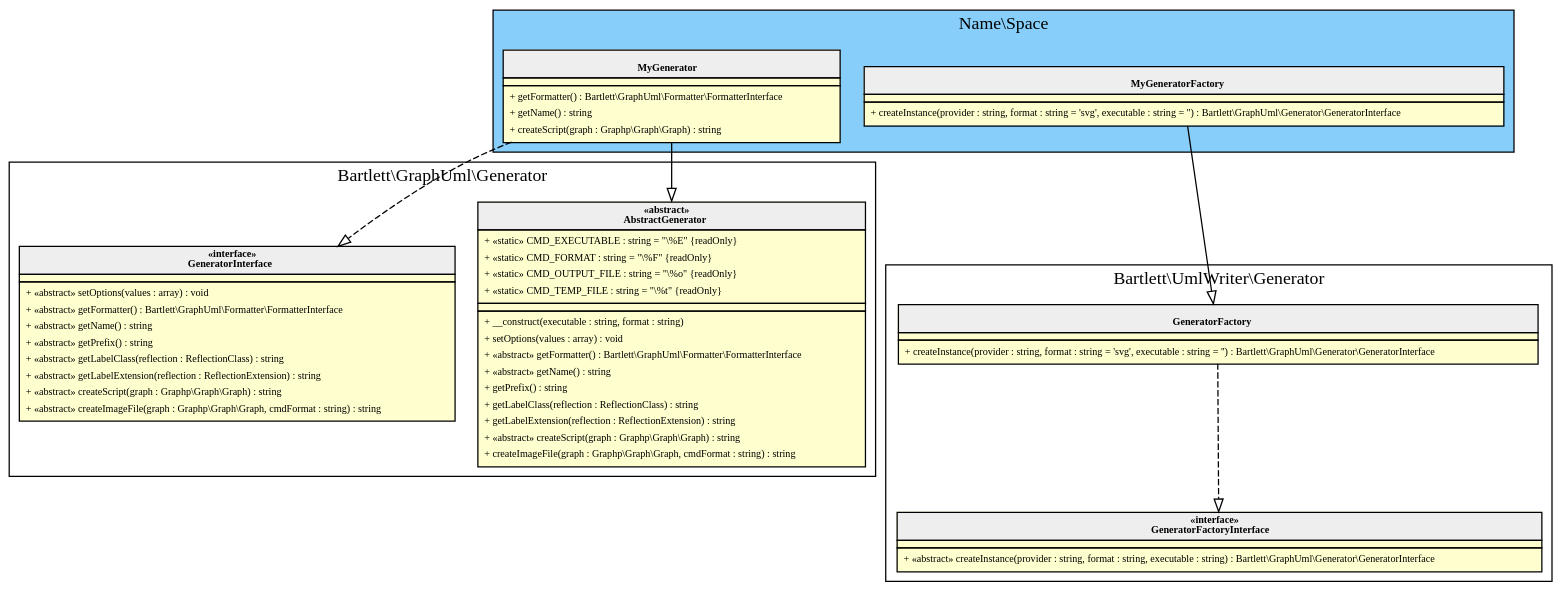
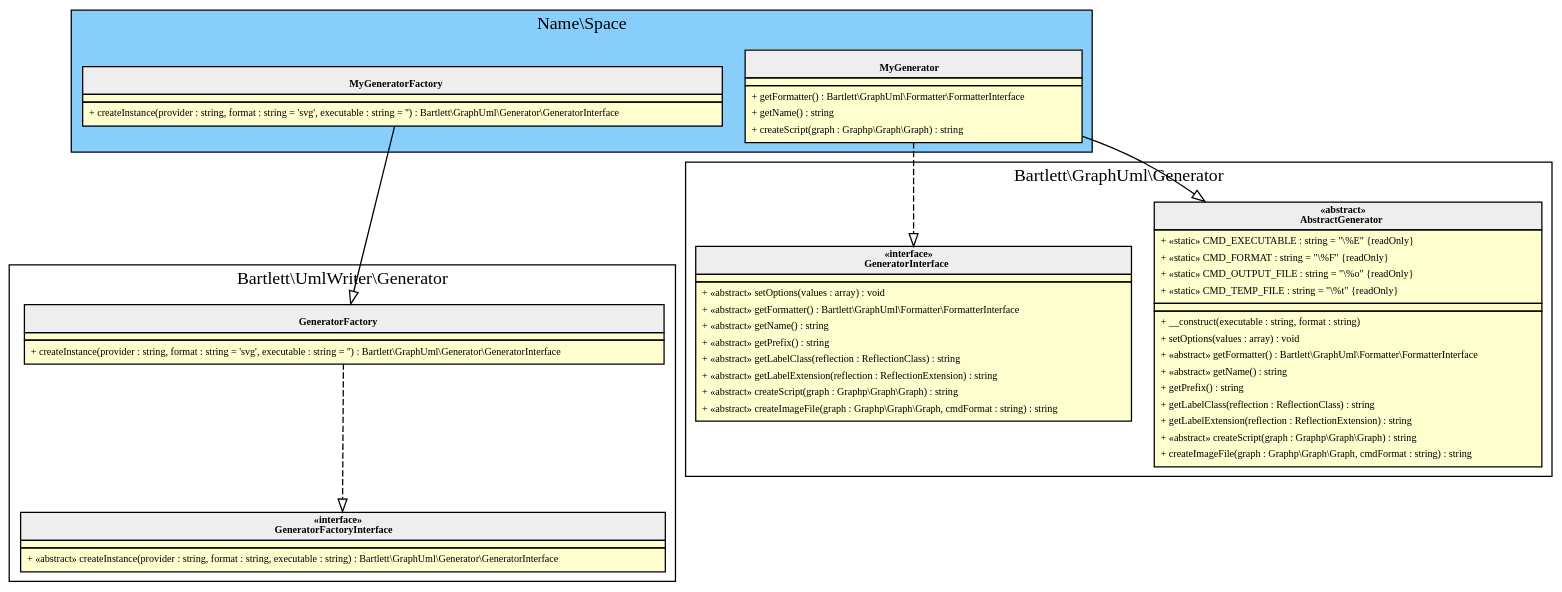
Before and after one commit to llaville/umlwriter: the diagram in 4.4/assets/images/generator.html.gv, drawn with Graphviz. The commit also changed other lines of this file and 43 other files, not shown here.

```diff
--- a/4.4/assets/images/generator.html.gv
+++ b/4.4/assets/images/generator.html.gv
@@ -1,90 +1,90 @@
 digraph {
   graph [name="G" overlap="false" rankdir="TB" bgcolor="transparent"]
   node [fontname="Verdana" fontsize=8 shape="none" margin=0 fillcolor="#FEFECE" style="filled"]
   edge [fontname="Verdana" fontsize=8]
   subgraph cluster_0 {
     graph [bgcolor="LightSkyBlue"]
     label = "Name\\Space"
+    "Name\\Space\\MyGeneratorFactory" [shape="none" label=<
+<table cellspacing="0" border="0" cellborder="1">
+    <tr><td bgcolor="#eeeeee"><b><br/>MyGeneratorFactory</b></td></tr>
+    <tr><td></td></tr>
+    <tr><td><table border="0" cellspacing="0" cellpadding="2">
+    <tr><td align="left">+ createInstance(provider : string, format : string = 'svg', executable : string = '') : Bartlett\\GraphUml\\Generator\\GeneratorInterface</td></tr>
+</table></td></tr>
+</table>>]
     "Name\\Space\\MyGenerator" [shape="none" label=<
 <table cellspacing="0" border="0" cellborder="1">
     <tr><td bgcolor="#eeeeee"><b><br/>MyGenerator</b></td></tr>
     <tr><td></td></tr>
     <tr><td><table border="0" cellspacing="0" cellpadding="2">
     <tr><td align="left">+ getFormatter() : Bartlett\\GraphUml\\Formatter\\FormatterInterface</td></tr>
     <tr><td align="left">+ getName() : string</td></tr>
     <tr><td align="left">+ createScript(graph : Graphp\\Graph\\Graph) : string</td></tr>
 </table></td></tr>
 </table>>]
-    "Name\\Space\\MyGeneratorFactory" [shape="none" label=<
+  }
+  subgraph cluster_1 {
+    label = "Bartlett\\UmlWriter\\Generator"
+    "Bartlett\\UmlWriter\\Generator\\GeneratorFactory" [shape="none" label=<
 <table cellspacing="0" border="0" cellborder="1">
-    <tr><td bgcolor="#eeeeee"><b><br/>MyGeneratorFactory</b></td></tr>
+    <tr><td bgcolor="#eeeeee"><b><br/>GeneratorFactory</b></td></tr>
     <tr><td></td></tr>
     <tr><td><table border="0" cellspacing="0" cellpadding="2">
     <tr><td align="left">+ createInstance(provider : string, format : string = 'svg', executable : string = '') : Bartlett\\GraphUml\\Generator\\GeneratorInterface</td></tr>
 </table></td></tr>
 </table>>]
+    "Bartlett\\UmlWriter\\Generator\\GeneratorFactoryInterface" [shape="none" label=<
+<table cellspacing="0" border="0" cellborder="1">
+    <tr><td bgcolor="#eeeeee"><b>«interface»<br/>GeneratorFactoryInterface</b></td></tr>
+    <tr><td></td></tr>
+    <tr><td><table border="0" cellspacing="0" cellpadding="2">
+    <tr><td align="left">+ «abstract» createInstance(provider : string, format : string, executable : string) : Bartlett\\GraphUml\\Generator\\GeneratorInterface</td></tr>
+</table></td></tr>
+</table>>]
   }
-  subgraph cluster_1 {
+  subgraph cluster_2 {
     label = "Bartlett\\GraphUml\\Generator"
     "Bartlett\\GraphUml\\Generator\\AbstractGenerator" [shape="none" label=<
 <table cellspacing="0" border="0" cellborder="1">
     <tr><td bgcolor="#eeeeee"><b>«abstract»<br/>AbstractGenerator</b></td></tr>
     <tr><td><table border="0" cellspacing="0" cellpadding="2">
     <tr><td align="left">+ «static» CMD_EXECUTABLE : string = "\%E" {readOnly}</td></tr>
     <tr><td align="left">+ «static» CMD_FORMAT : string = "\%F" {readOnly}</td></tr>
     <tr><td align="left">+ «static» CMD_OUTPUT_FILE : string = "\%o" {readOnly}</td></tr>
     <tr><td align="left">+ «static» CMD_TEMP_FILE : string = "\%t" {readOnly}</td></tr>
 </table></td></tr>
     <tr><td></td></tr>
     <tr><td><table border="0" cellspacing="0" cellpadding="2">
     <tr><td align="left">+ __construct(executable : string, format : string)</td></tr>
     <tr><td align="left">+ setOptions(values : array) : void</td></tr>
     <tr><td align="left">+ «abstract» getFormatter() : Bartlett\\GraphUml\\Formatter\\FormatterInterface</td></tr>
     <tr><td align="left">+ «abstract» getName() : string</td></tr>
     <tr><td align="left">+ getPrefix() : string</td></tr>
     <tr><td align="left">+ getLabelClass(reflection : ReflectionClass) : string</td></tr>
     <tr><td align="left">+ getLabelExtension(reflection : ReflectionExtension) : string</td></tr>
     <tr><td align="left">+ «abstract» createScript(graph : Graphp\\Graph\\Graph) : string</td></tr>
     <tr><td align="left">+ createImageFile(graph : Graphp\\Graph\\Graph, cmdFormat : string) : string</td></tr>
 </table></td></tr>
 </table>>]
     "Bartlett\\GraphUml\\Generator\\GeneratorInterface" [shape="none" label=<
 <table cellspacing="0" border="0" cellborder="1">
     <tr><td bgcolor="#eeeeee"><b>«interface»<br/>GeneratorInterface</b></td></tr>
     <tr><td></td></tr>
     <tr><td><table border="0" cellspacing="0" cellpadding="2">
     <tr><td align="left">+ «abstract» setOptions(values : array) : void</td></tr>
     <tr><td align="left">+ «abstract» getFormatter() : Bartlett\\GraphUml\\Formatter\\FormatterInterface</td></tr>
     <tr><td align="left">+ «abstract» getName() : string</td></tr>
     <tr><td align="left">+ «abstract» getPrefix() : string</td></tr>
     <tr><td align="left">+ «abstract» getLabelClass(reflection : ReflectionClass) : string</td></tr>
     <tr><td align="left">+ «abstract» getLabelExtension(reflection : ReflectionExtension) : string</td></tr>
     <tr><td align="left">+ «abstract» createScript(graph : Graphp\\Graph\\Graph) : string</td></tr>
     <tr><td align="left">+ «abstract» createImageFile(graph : Graphp\\Graph\\Graph, cmdFormat : string) : string</td></tr>
 </table></td></tr>
 </table>>]
   }
-  subgraph cluster_2 {
-    label = "Bartlett\\UmlWriter\\Generator"
-    "Bartlett\\UmlWriter\\Generator\\GeneratorFactory" [shape="none" label=<
-<table cellspacing="0" border="0" cellborder="1">
-    <tr><td bgcolor="#eeeeee"><b><br/>GeneratorFactory</b></td></tr>
-    <tr><td></td></tr>
-    <tr><td><table border="0" cellspacing="0" cellpadding="2">
-    <tr><td align="left">+ createInstance(provider : string, format : string = 'svg', executable : string = '') : Bartlett\\GraphUml\\Generator\\GeneratorInterface</td></tr>
-</table></td></tr>
-</table>>]
-    "Bartlett\\UmlWriter\\Generator\\GeneratorFactoryInterface" [shape="none" label=<
-<table cellspacing="0" border="0" cellborder="1">
-    <tr><td bgcolor="#eeeeee"><b>«interface»<br/>GeneratorFactoryInterface</b></td></tr>
-    <tr><td></td></tr>
-    <tr><td><table border="0" cellspacing="0" cellpadding="2">
-    <tr><td align="left">+ «abstract» createInstance(provider : string, format : string, executable : string) : Bartlett\\GraphUml\\Generator\\GeneratorInterface</td></tr>
-</table></td></tr>
-</table>>]
-  }
+  "Bartlett\\UmlWriter\\Generator\\GeneratorFactory" -> "Bartlett\\UmlWriter\\Generator\\GeneratorFactoryInterface" [arrowhead="empty" style="dashed"]
+  "Name\\Space\\MyGeneratorFactory" -> "Bartlett\\UmlWriter\\Generator\\GeneratorFactory" [arrowhead="empty" style="filled"]
   "Name\\Space\\MyGenerator" -> "Bartlett\\GraphUml\\Generator\\AbstractGenerator" [arrowhead="empty" style="filled"]
   "Name\\Space\\MyGenerator" -> "Bartlett\\GraphUml\\Generator\\GeneratorInterface" [arrowhead="empty" style="dashed"]
-  "Bartlett\\UmlWriter\\Generator\\GeneratorFactory" -> "Bartlett\\UmlWriter\\Generator\\GeneratorFactoryInterface" [arrowhead="empty" style="dashed"]
-  "Name\\Space\\MyGeneratorFactory" -> "Bartlett\\UmlWriter\\Generator\\GeneratorFactory" [arrowhead="empty" style="filled"]
 }
```
